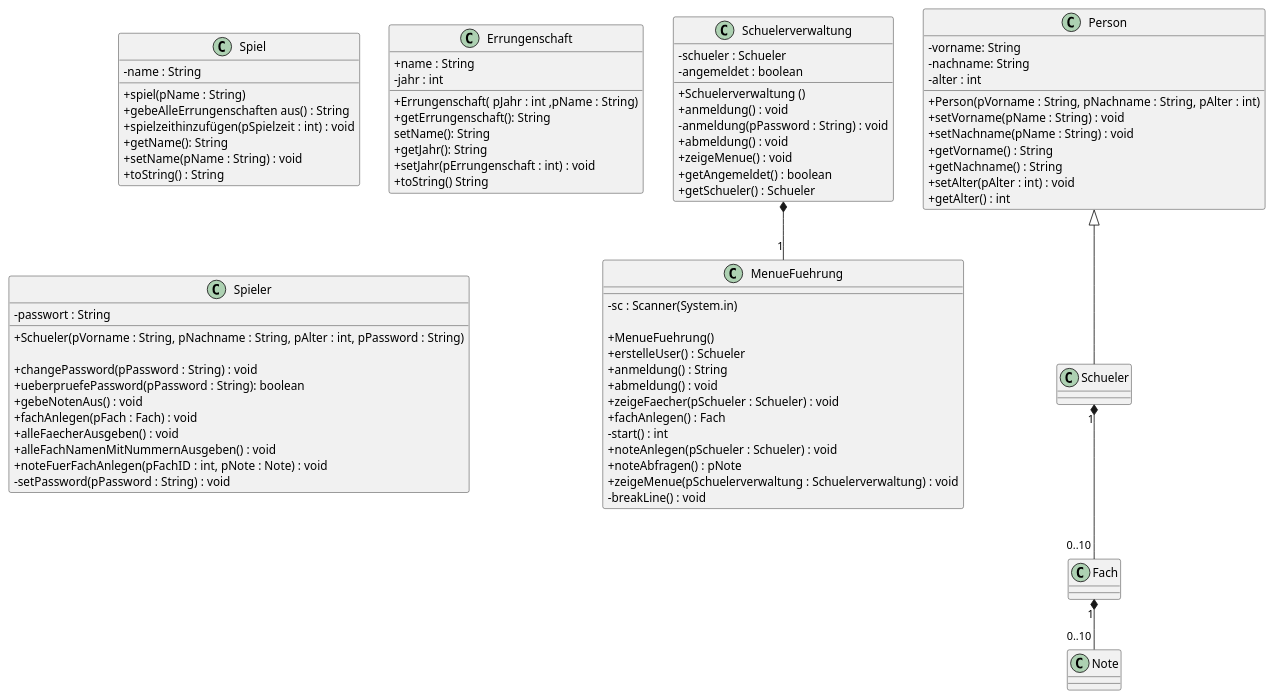
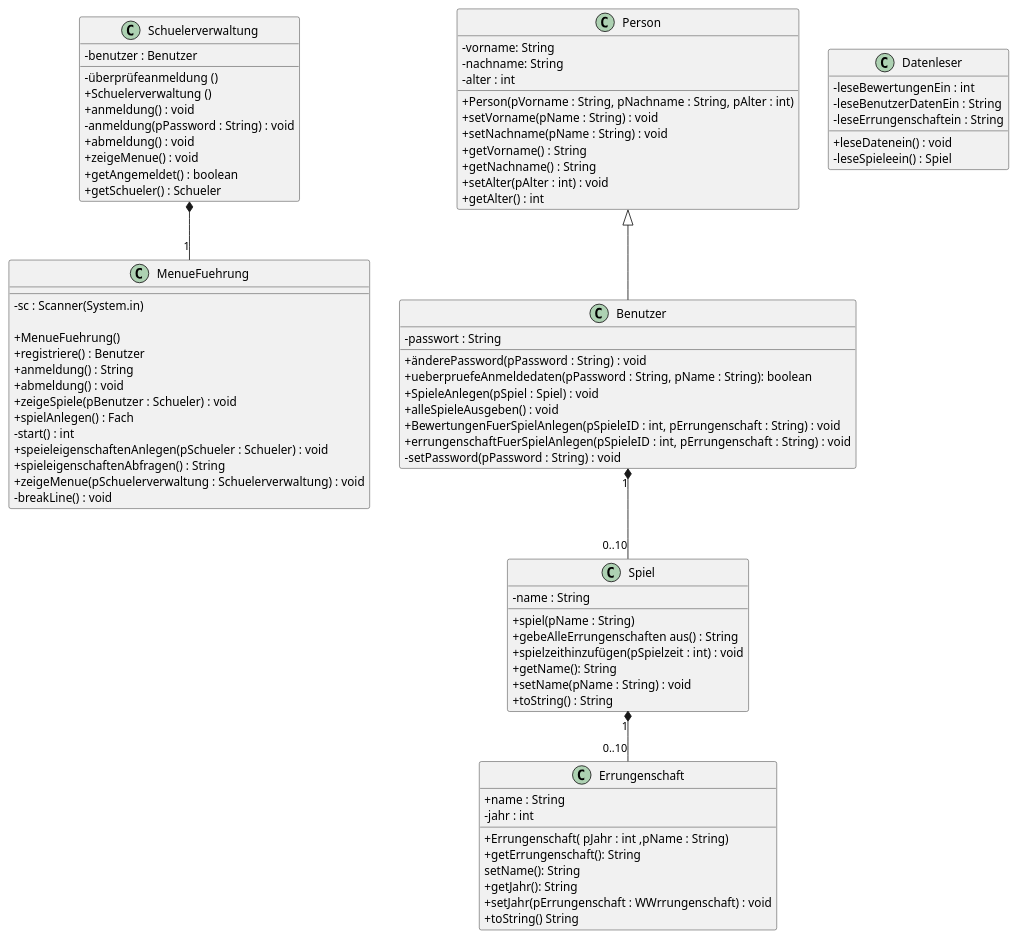
The diagram in Docs/Pflichtenheft/Diagramme/Klassendiagramm.iuml (HEBK-BGM/Verwaltungssoftware_Team_3_TestGIt), drawn with PlantUML before and after one commit.

Commit message:
Klassendiagramm bearbeitet

```diff
--- a/Docs/Pflichtenheft/Diagramme/Klassendiagramm.iuml
+++ b/Docs/Pflichtenheft/Diagramme/Klassendiagramm.iuml
@@ -1,94 +1,98 @@
 @startuml
 skinparam classAttributeIconSize 0
 
 class Schuelerverwaltung{
- -schueler : Schueler
- -angemeldet : boolean
+ -benutzer : Benutzer
+ -überprüfeanmeldung ()
  + Schuelerverwaltung ()
  + anmeldung() : void
  - anmeldung(pPassword : String) : void
  + abmeldung() : void
  + zeigeMenue() : void
  + getAngemeldet() : boolean
  + getSchueler() : Schueler
 }
 
 
 
 class MenueFuehrung{
  - sc : Scanner(System.in)
 
  +MenueFuehrung()
- +erstelleUser() : Schueler
+ +registriere() : Benutzer
  + anmeldung() : String
  + abmeldung() : void
- + zeigeFaecher(pSchueler : Schueler) : void
- + fachAnlegen() : Fach
+ + zeigeSpiele(pBenutzer : Schueler) : void
+ + spielAnlegen() : Fach
  - start() : int
- + noteAnlegen(pSchueler : Schueler) : void
- + noteAbfragen() : pNote
+ + speieleigenschaftenAnlegen(pSchueler : Schueler) : void
+ + spieleigenschaftenAbfragen() : String
  + zeigeMenue(pSchuelerverwaltung : Schuelerverwaltung) : void
  - breakLine() : void
  }
 
 class Person{
  -vorname: String
  -nachname: String
  -alter : int
  + Person(pVorname : String, pNachname : String, pAlter : int)
  +setVorname(pName : String) : void
  +setNachname(pName : String) : void
  +getVorname() : String
  +getNachname() : String
  +setAlter(pAlter : int) : void
  +getAlter() : int
 }
 
 
 
 class Spiel{
  -name : String
  +spiel(pName : String)
  +gebeAlleErrungenschaften aus() : String
  +spielzeithinzufügen(pSpielzeit : int) : void
  +getName(): String
  +setName(pName : String) : void
  +toString() : String
 }
 
 class Errungenschaft{
  +name : String
  -jahr : int
  +Errungenschaft( pJahr : int ,pName : String)
  +getErrungenschaft(): String
  setName(): String
  +getJahr(): String
- +setJahr(pErrungenschaft : int) : void
+ +setJahr(pErrungenschaft : WWrrungenschaft) : void
  +toString() String
 }
 
 
 
 
-class Spieler{
+class Benutzer{
   -passwort : String
-
-  +Schueler(pVorname : String, pNachname : String, pAlter : int, pPassword : String)
-  
-  +changePassword(pPassword : String) : void
-  +ueberpruefePassword(pPassword : String): boolean
-  +gebeNotenAus() : void
-  + fachAnlegen(pFach : Fach) : void
-  +alleFaecherAusgeben() : void
-  +alleFachNamenMitNummernAusgeben() : void
-  +noteFuerFachAnlegen(pFachID : int, pNote : Note) : void
+  +änderePassword(pPassword : String) : void
+  +ueberpruefeAnmeldedaten(pPassword : String, pName : String): boolean
+  + SpieleAnlegen(pSpiel : Spiel) : void
+  +alleSpieleAusgeben() : void
+  +BewertungenFuerSpielAnlegen(pSpieleID : int, pErrungenschaft : String) : void
+   +errungenschaftFuerSpielAnlegen(pSpieleID : int, pErrungenschaft : String) : void
   -setPassword(pPassword : String) : void
 }
 
+class Datenleser{
+  +leseDatenein() : void 
+  -leseBewertungenEin : int
+  -leseBenutzerDatenEin : String
+  -leseErrungenschaftein : String
+  -leseSpieleein() : Spiel
+  }
 
-Fach "1" *-- "0..10" Note
+
+Spiel "1" *-- "0..10" Errungenschaft
 Schuelerverwaltung  *-- "1" MenueFuehrung
-Schueler "1" *-- "0..10" Fach
-Person <|-- Schueler
+Benutzer "1" *-- "0..10" Spiel
+Person <|-- Benutzer
 
 @enduml
```
